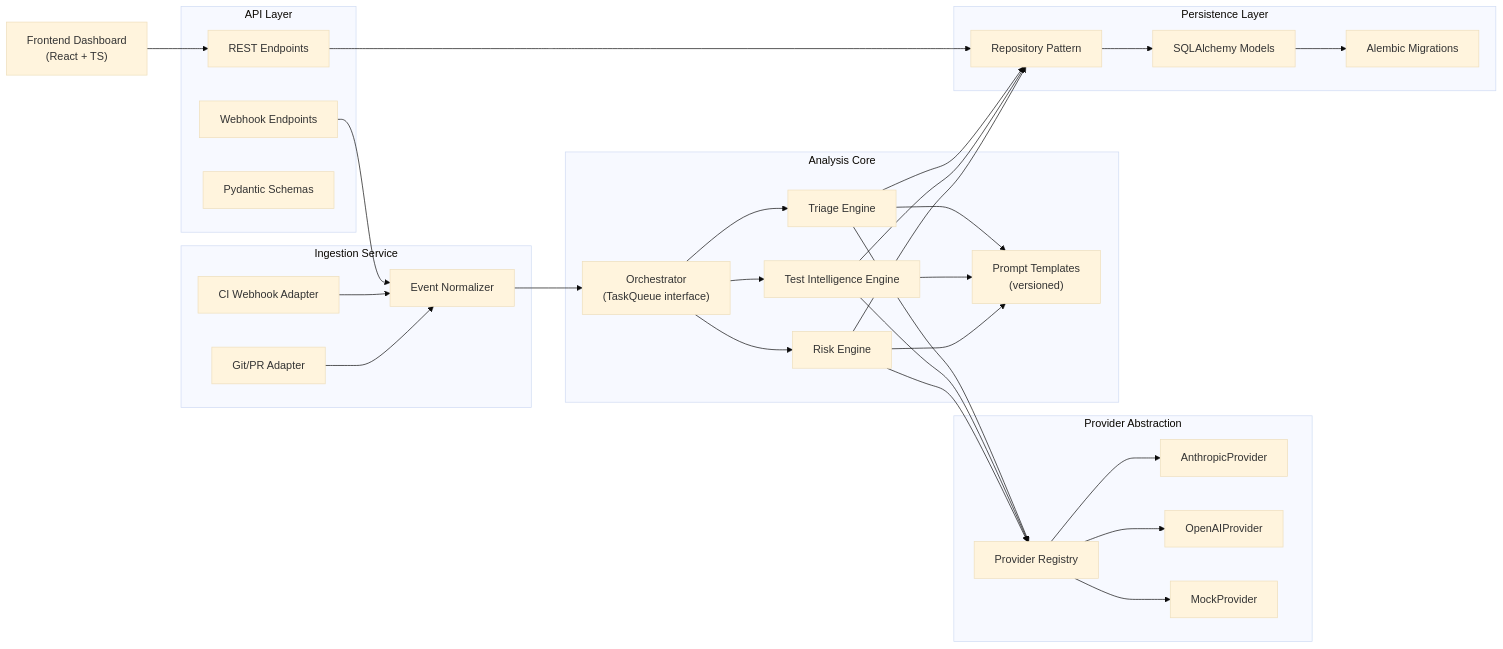
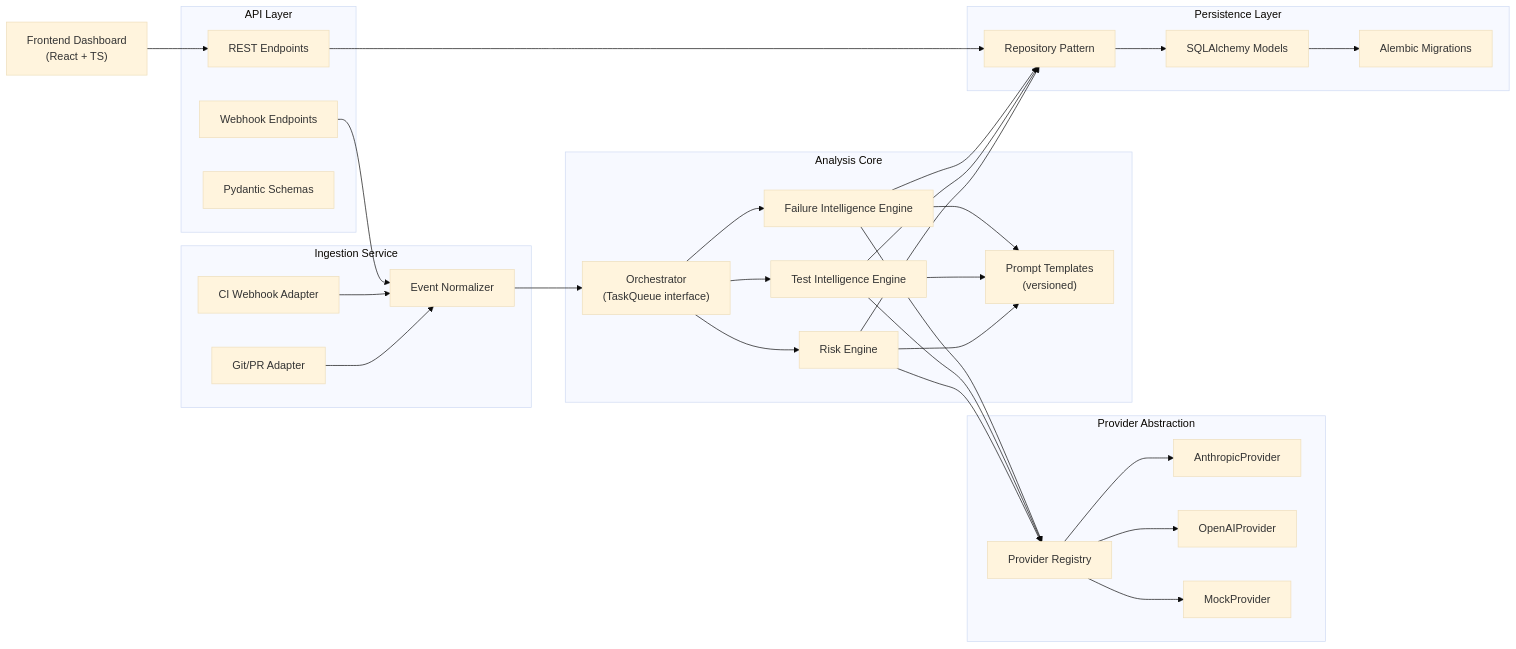
Before and after one commit to sdkdeepa/ai-test-intelligence-platform: the second of 3 diagrams in docs/architecture.md, drawn with Mermaid (base theme). The commit also changed other lines of this file and 3 other files, not shown here.

Commit message:
implement failure intelligence and flaky pattern analysis

````diff
--- a/docs/architecture.md
+++ b/docs/architecture.md
@@ -95,50 +96,50 @@
 ```mermaid
 flowchart LR
     subgraph Ingestion["Ingestion Service"]
         GitAdapter["Git/PR Adapter"]
         CIAdapter["CI Webhook Adapter"]
         Normalizer["Event Normalizer"]
     end
 
     subgraph Core["Analysis Core"]
         Orchestrator["Orchestrator<br/>(TaskQueue interface)"]
         RiskEngine["Risk Engine"]
         TestIntelEngine["Test Intelligence Engine"]
-        TriageEngine["Triage Engine"]
+        FailureIntelEngine["Failure Intelligence Engine"]
         Prompts["Prompt Templates<br/>(versioned)"]
     end
 
     subgraph ProviderLayer["Provider Abstraction"]
         Registry["Provider Registry"]
         AnthropicImpl["AnthropicProvider"]
         OpenAIImpl["OpenAIProvider"]
         MockImpl["MockProvider"]
     end
 
     subgraph Persistence["Persistence Layer"]
         Repos["Repository Pattern"]
         Models["SQLAlchemy Models"]
         Migrations["Alembic Migrations"]
     end
 
     subgraph ApiLayer["API Layer"]
         REST["REST Endpoints"]
         Webhooks["Webhook Endpoints"]
         Schemas["Pydantic Schemas"]
     end
 
     Frontend["Frontend Dashboard<br/>(React + TS)"]
 
     GitAdapter --> Normalizer
     CIAdapter --> Normalizer
     Normalizer --> Orchestrator
-    Orchestrator --> RiskEngine & TestIntelEngine & TriageEngine
-    RiskEngine & TestIntelEngine & TriageEngine --> Prompts
-    RiskEngine & TestIntelEngine & TriageEngine --> Registry
+    Orchestrator --> RiskEngine & TestIntelEngine & FailureIntelEngine
+    RiskEngine & TestIntelEngine & FailureIntelEngine --> Prompts
+    RiskEngine & TestIntelEngine & FailureIntelEngine --> Registry
     Registry --> AnthropicImpl & OpenAIImpl & MockImpl
-    RiskEngine & TestIntelEngine & TriageEngine --> Repos
+    RiskEngine & TestIntelEngine & FailureIntelEngine --> Repos
     Repos --> Models --> Migrations
     REST --> Repos
     Webhooks --> Normalizer
     Frontend --> REST
 ```
````
